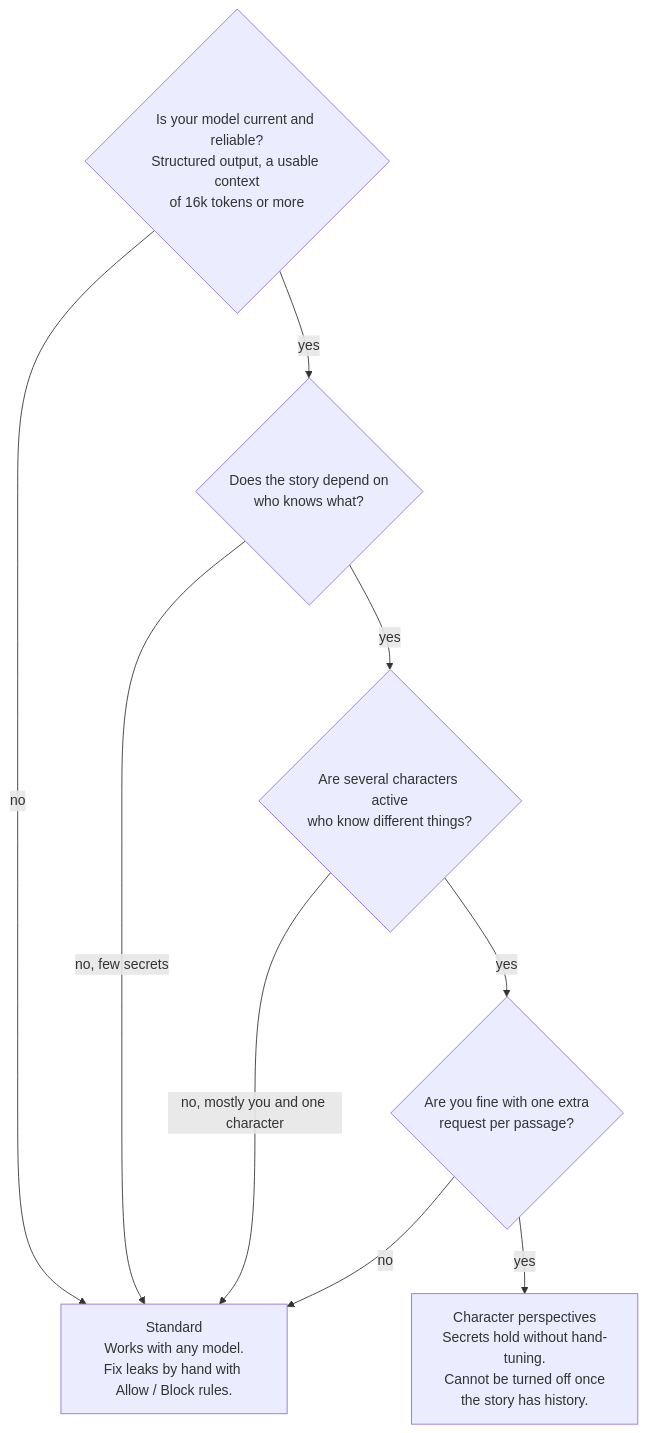
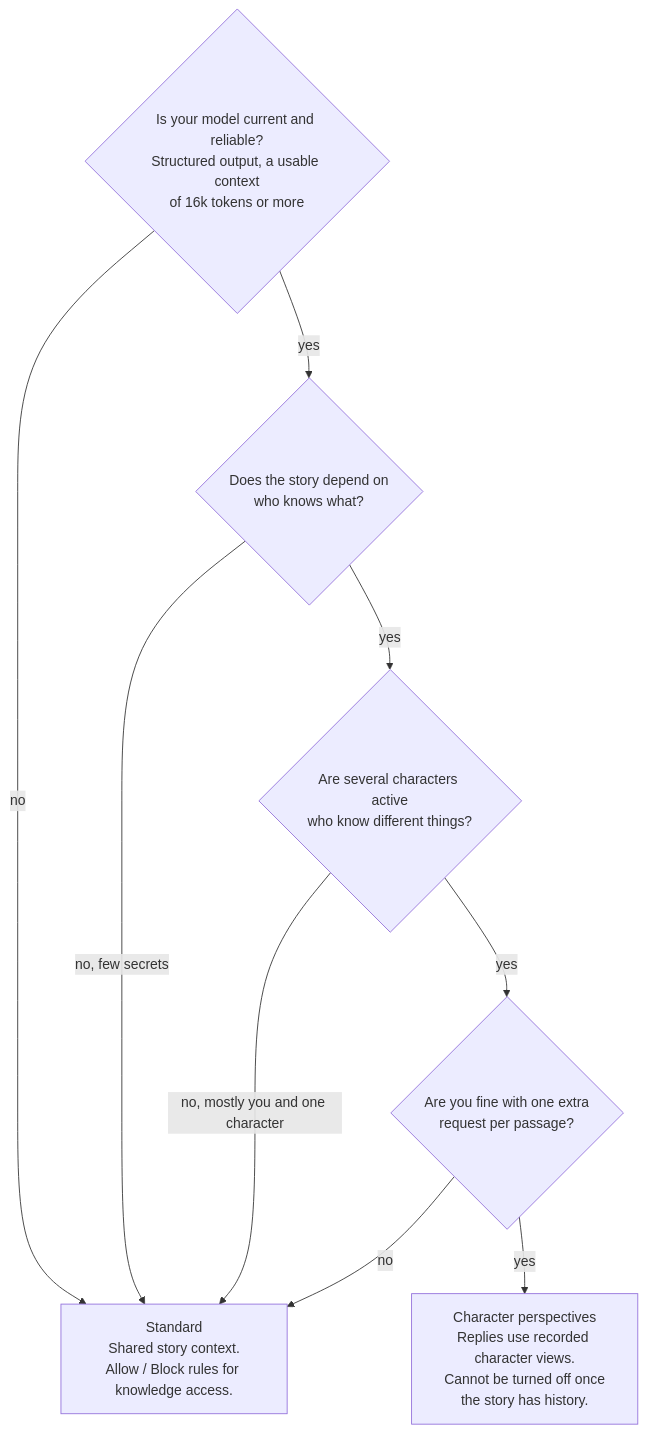
The sixth of 6 diagrams in docs/user-guide/world-editor/knowledge-how-it-works.md (vegu-ai/talemate), drawn with Mermaid before and after one commit. The commit also changed other lines of this file and 88 other files, not shown here.

First line of the commit message:
Preserve character return context with optional Offscreen Life (#613)

````diff
--- a/docs/user-guide/world-editor/knowledge-how-it-works.md
+++ b/docs/user-guide/world-editor/knowledge-how-it-works.md
@@ -184,11 +248,11 @@
 ```mermaid
 flowchart TD
-    Q1{"Is your model current and reliable?<br/>Structured output, a usable context<br/>of 16k tokens or more"} -- "no" --> STD["Standard<br/>Works with any model.<br/>Fix leaks by hand with Allow / Block rules."]
+    Q1{"Is your model current and reliable?<br/>Structured output, a usable context<br/>of 16k tokens or more"} -- "no" --> STD["Standard<br/>Shared story context.<br/>Allow / Block rules for knowledge access."]
     Q1 -- "yes" --> Q2{"Does the story depend on<br/>who knows what?"}
     Q2 -- "no, few secrets" --> STD
     Q2 -- "yes" --> Q2b{"Are several characters active<br/>who know different things?"}
     Q2b -- "no, mostly you and one character" --> STD
     Q2b -- "yes" --> Q3{"Are you fine with one extra<br/>request per passage?"}
     Q3 -- "no" --> STD
-    Q3 -- "yes" --> CP["Character perspectives<br/>Secrets hold without hand-tuning.<br/>Cannot be turned off once<br/>the story has history."]
+    Q3 -- "yes" --> CP["Character perspectives<br/>Replies use recorded character views.<br/>Cannot be turned off once<br/>the story has history."]
 ```
````
